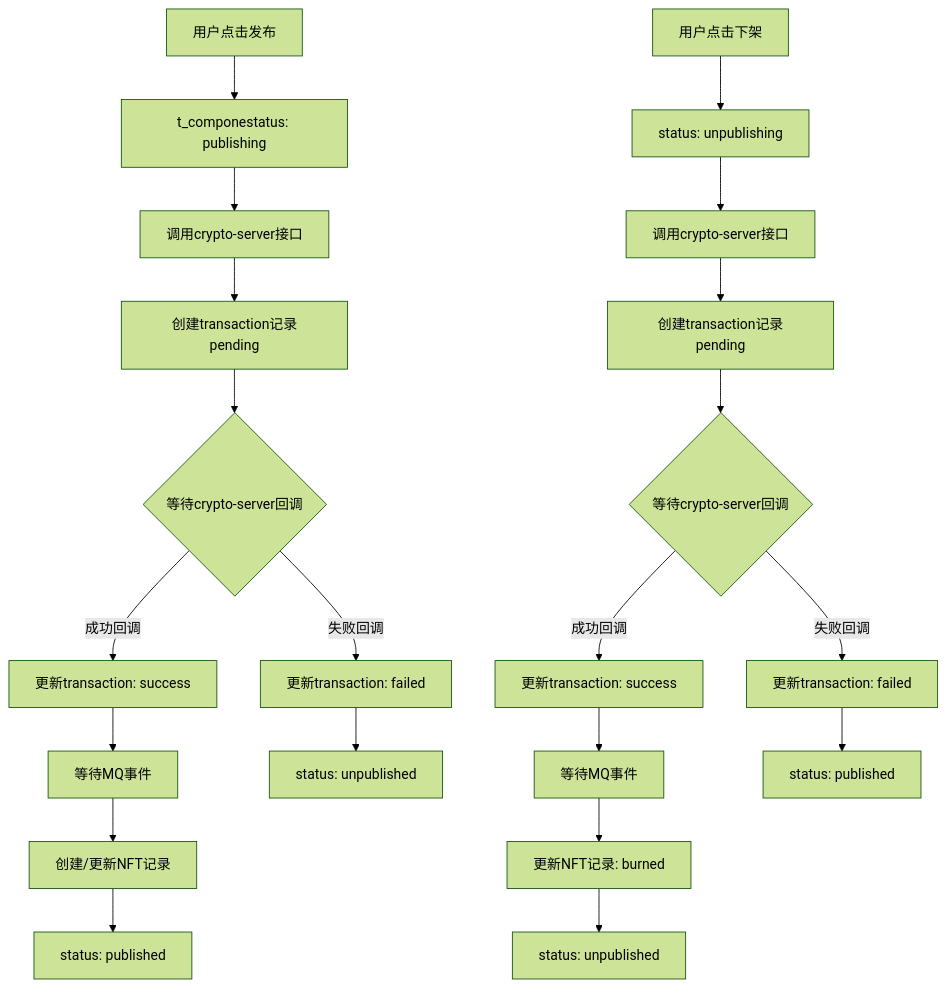
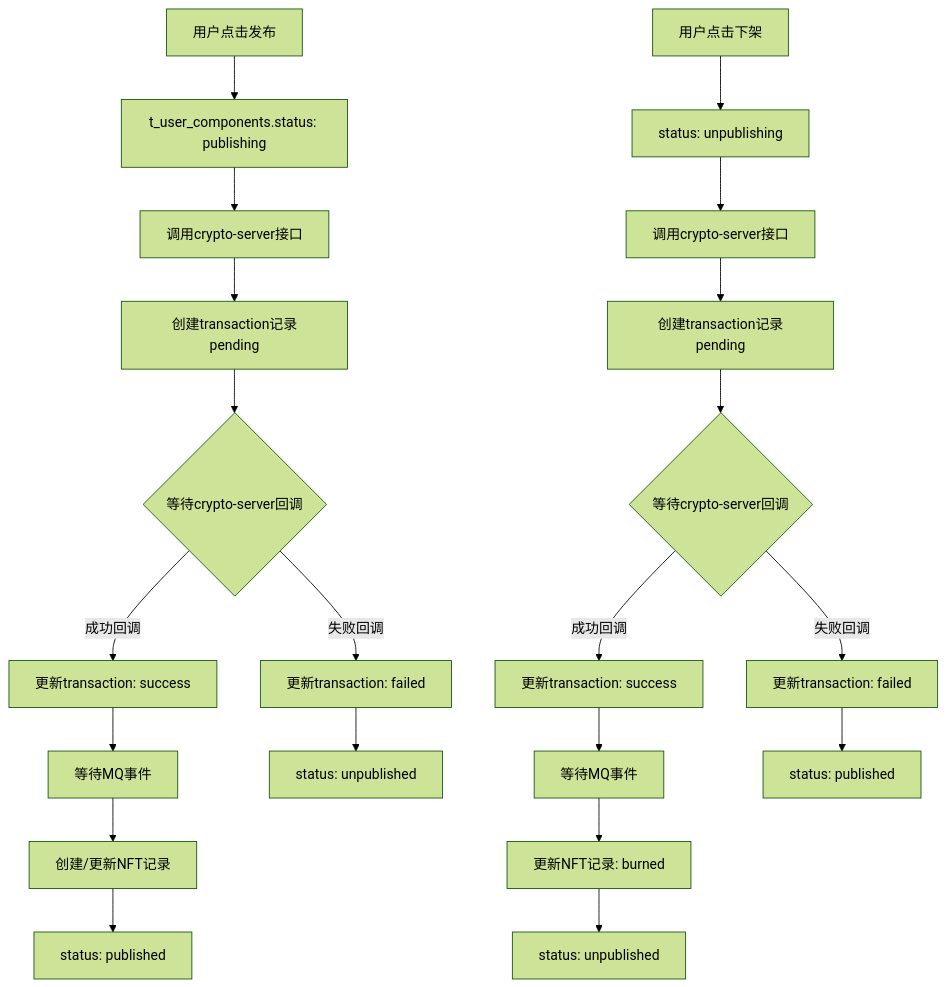
One commit to yingjianzh/iodraw-files changed the diagram in all/未命名-74.md. Above: the diagram before and after it, drawn with Mermaid (forest theme).

Commit message:
2025-07-07 15:51:04 update

````diff
--- a/all/未命名-74.md
+++ b/all/未命名-74.md
@@ -1,30 +1,30 @@
 ```mermaid
 
 graph TD
-    A[用户点击发布] --> B[t_componestatus: publishing]
+    A[用户点击发布] --> B[t_user_components.status: publishing]
     B --> C[调用crypto-server接口]
     C --> D[创建transaction记录pending]
     D --> E{等待crypto-server回调}
     
     E -->|成功回调| F[更新transaction: success]
     F --> G[等待MQ事件]
     G --> H[创建/更新NFT记录]
     H --> I[status: published]
     
     E -->|失败回调| J[更新transaction: failed]
     J --> K[status: unpublished]
     
     L[用户点击下架] --> M[status: unpublishing]
     M --> N[调用crypto-server接口]
     N --> O[创建transaction记录pending]
     O --> P{等待crypto-server回调}
     
     P -->|成功回调| Q[更新transaction: success]
     Q --> R[等待MQ事件]
     R --> S[更新NFT记录: burned]
     S --> T[status: unpublished]
     
     P -->|失败回调| U[更新transaction: failed]
     U --> V[status: published]
 
 ```
````
